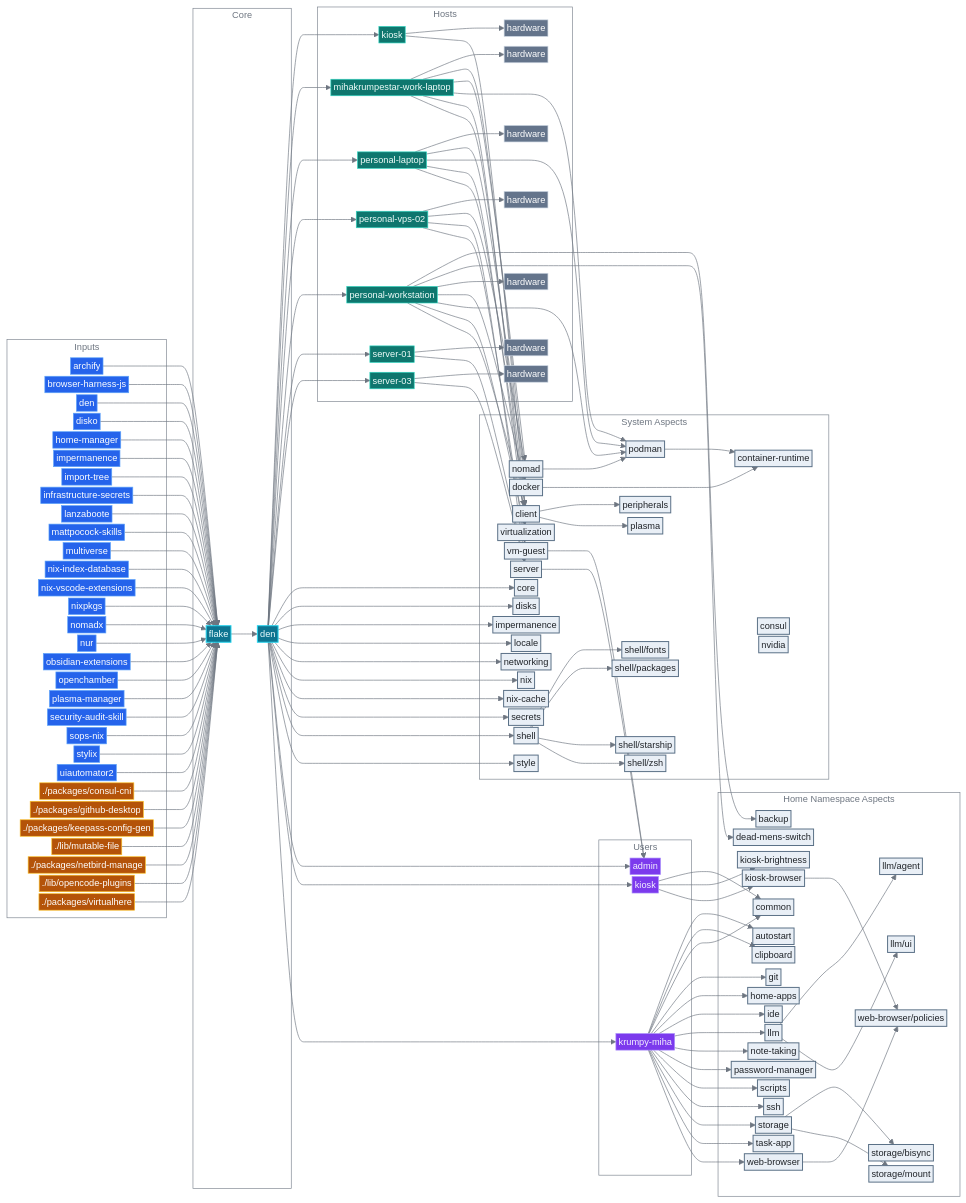
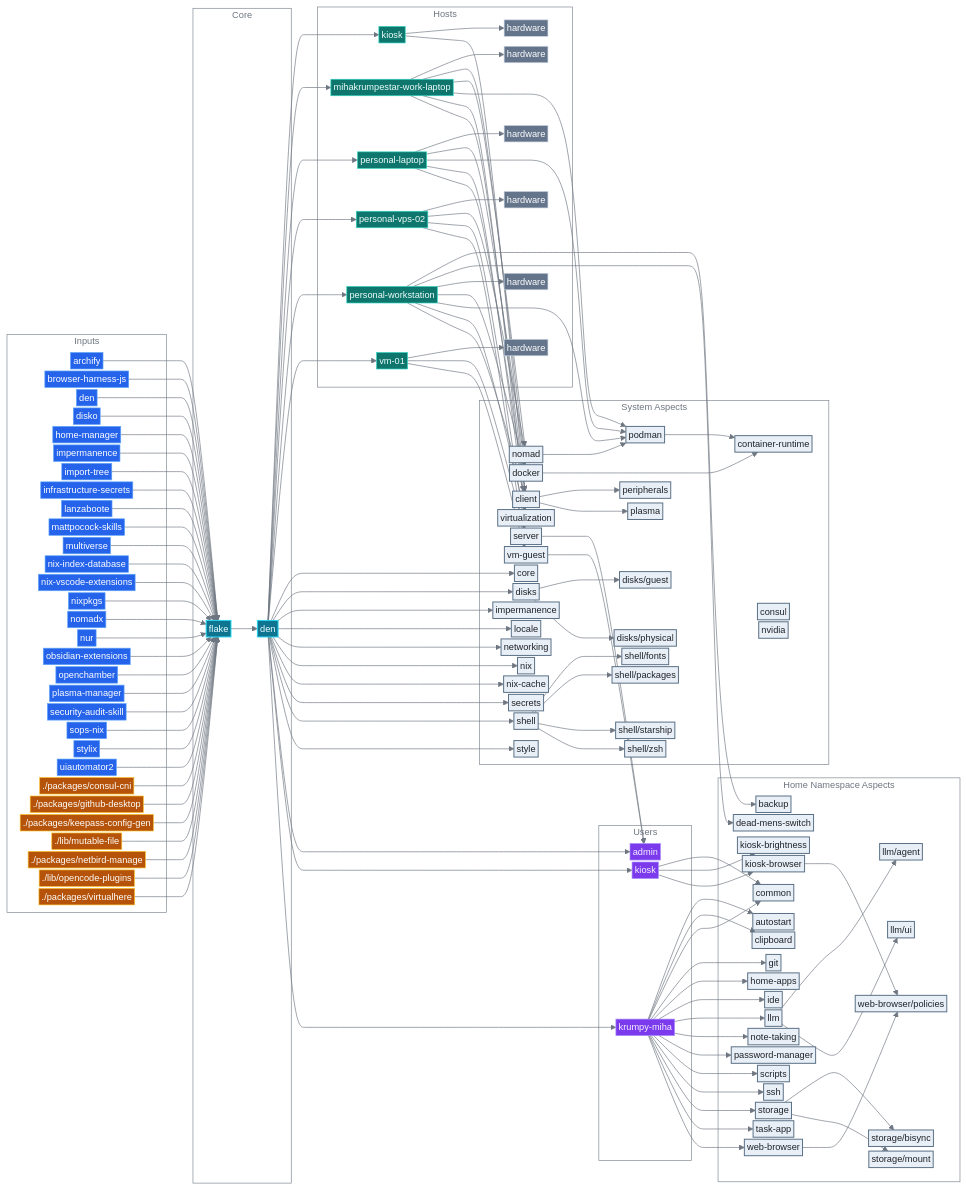
One commit to mihakrumpestar/infrastructure changed the diagram in README.md. Above: the diagram before and after it, drawn with Mermaid. The commit also changed other lines of this file and 23 other files, not shown here.

```diff
--- a/README.md
+++ b/README.md
@@ -174,6 +171,8 @@
     subgraph SystemAspects[System Aspects]
         sys_core["core"]:::aspect
         sys_disks["disks"]:::aspect
+        sys_disks_guest["disks/guest"]:::aspect
+        sys_disks_physical["disks/physical"]:::aspect
         sys_impermanence["impermanence"]:::aspect
         sys_locale["locale"]:::aspect
         sys_networking["networking"]:::aspect
@@ -237,10 +236,8 @@
         host_personal_vps_02_hardware["hardware"]:::config
         host_personal_workstation["personal-workstation"]:::hosts
         host_personal_workstation_hardware["hardware"]:::config
-        host_server_01["server-01"]:::hosts
-        host_server_01_hardware["hardware"]:::config
-        host_server_03["server-03"]:::hosts
-        host_server_03_hardware["hardware"]:::config
+        host_vm_01["vm-01"]:::hosts
+        host_vm_01_hardware["hardware"]:::config
     end
 
     subgraph Users[Users]
@@ -255,8 +252,7 @@
     den --> host_personal_laptop
     den --> host_personal_vps_02
     den --> host_personal_workstation
-    den --> host_server_01
-    den --> host_server_03
+    den --> host_vm_01
     den --> sys_core
     den --> sys_disks
     den --> sys_impermanence
@@ -301,10 +297,9 @@
     host_personal_workstation --> opt_podman
     host_personal_workstation --> opt_virtualization
     host_personal_workstation --> type_client
-    host_server_01 --> host_server_01_hardware
-    host_server_01 --> type_server
-    host_server_03 --> host_server_03_hardware
-    host_server_03 --> type_server
+    host_vm_01 --> host_vm_01_hardware
+    host_vm_01 --> type_server
+    host_vm_01 --> type_vm_guest
     input_archify --> flake
     input_browser_harness_js --> flake
     input_den --> flake
@@ -338,6 +333,8 @@
     opt_docker --> opt_container_runtime
     opt_nomad --> opt_podman
     opt_podman --> opt_container_runtime
+    sys_disks --> sys_disks_guest
+    sys_disks --> sys_disks_physical
     sys_shell --> sys_shell_fonts
     sys_shell --> sys_shell_packages
     sys_shell --> sys_shell_starship
```
